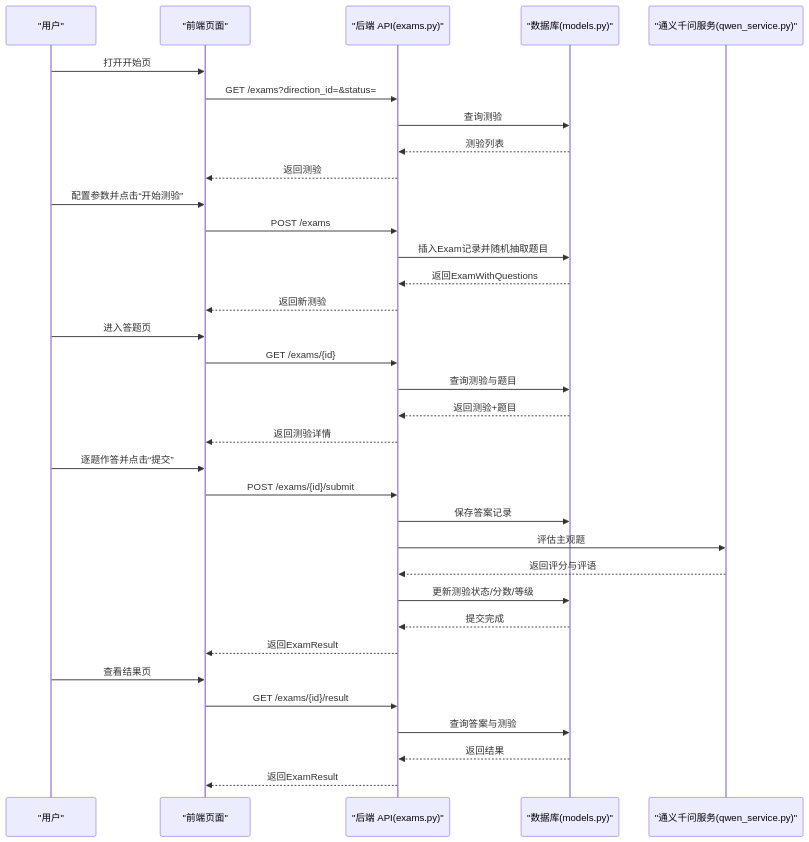
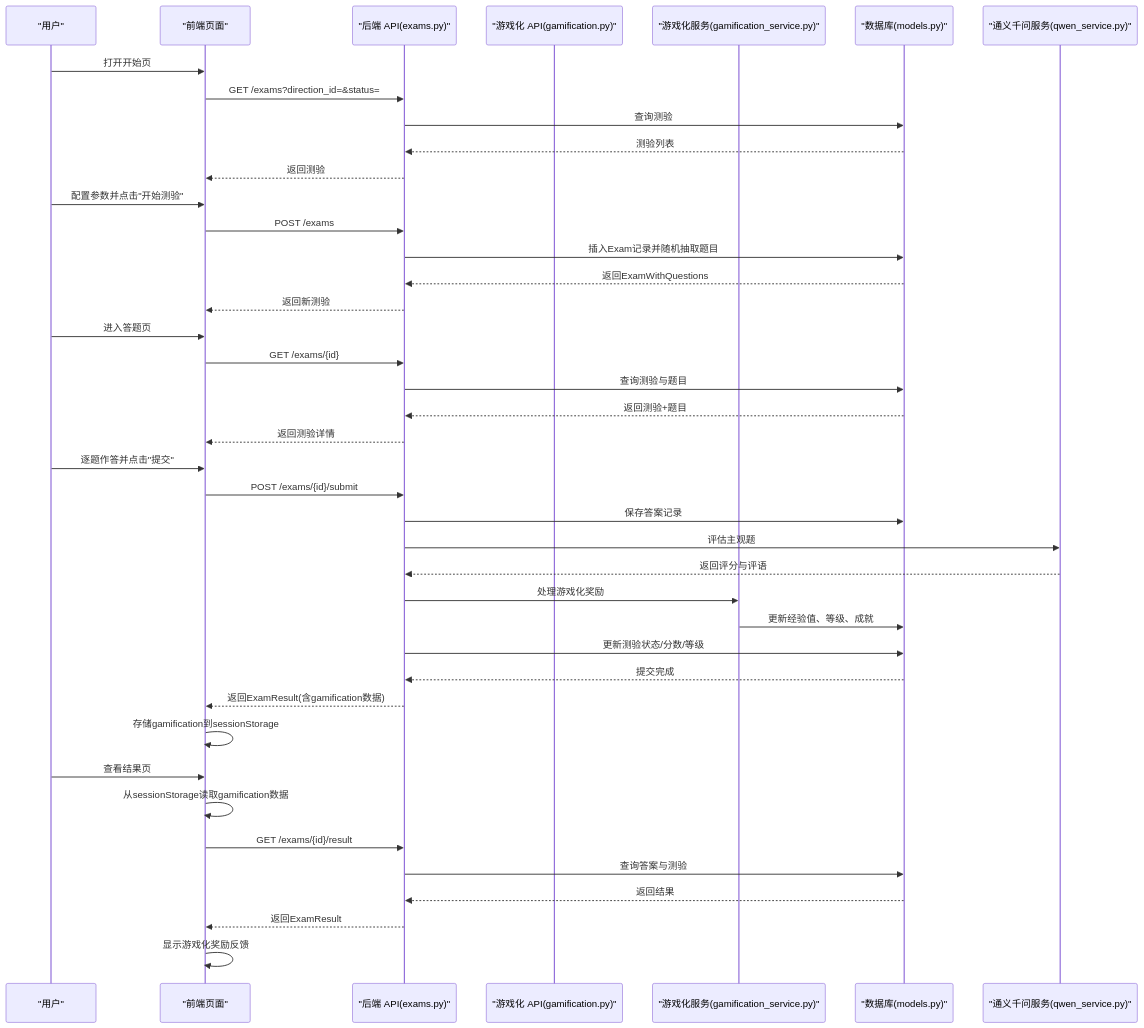
Before and after one commit to zhiwenli-jack/personal-learning-manager: the second of 7 diagrams in .qoder/repowiki/zh/content/前端应用架构/视图组件/测验系统组件.md, drawn with Mermaid. The commit also changed other lines of this file and 20 other files, not shown here.

````diff
--- a/.qoder/repowiki/zh/content/前端应用架构/视图组件/测验系统组件.md
+++ b/.qoder/repowiki/zh/content/前端应用架构/视图组件/测验系统组件.md
@@ -112,36 +141,43 @@
 ```mermaid
 sequenceDiagram
 participant U as "用户"
 participant FE as "前端页面"
 participant API as "后端 API(exams.py)"
+participant GAPI as "游戏化 API(gamification.py)"
+participant GS as "游戏化服务(gamification_service.py)"
 participant DB as "数据库(models.py)"
 participant QW as "通义千问服务(qwen_service.py)"
 U->>FE : 打开开始页
 FE->>API : GET /exams?direction_id=&status=
 API->>DB : 查询测验
 DB-->>API : 测验列表
 API-->>FE : 返回测验
-U->>FE : 配置参数并点击“开始测验”
+U->>FE : 配置参数并点击"开始测验"
 FE->>API : POST /exams
 API->>DB : 插入Exam记录并随机抽取题目
 DB-->>API : 返回ExamWithQuestions
 API-->>FE : 返回新测验
 U->>FE : 进入答题页
 FE->>API : GET /exams/{id}
 API->>DB : 查询测验与题目
 DB-->>API : 返回测验+题目
 API-->>FE : 返回测验详情
-U->>FE : 逐题作答并点击“提交”
+U->>FE : 逐题作答并点击"提交"
 FE->>API : POST /exams/{id}/submit
 API->>DB : 保存答案记录
 API->>QW : 评估主观题
 QW-->>API : 返回评分与评语
+API->>GS : 处理游戏化奖励
+GS->>DB : 更新经验值、等级、成就
 API->>DB : 更新测验状态/分数/等级
 DB-->>API : 提交完成
-API-->>FE : 返回ExamResult
+API-->>FE : 返回ExamResult(含gamification数据)
+FE->>FE : 存储gamification到sessionStorage
 U->>FE : 查看结果页
+FE->>FE : 从sessionStorage读取gamification数据
 FE->>API : GET /exams/{id}/result
 API->>DB : 查询答案与测验
 DB-->>API : 返回结果
 API-->>FE : 返回ExamResult
+FE->>FE : 显示游戏化奖励反馈
 ```
````
